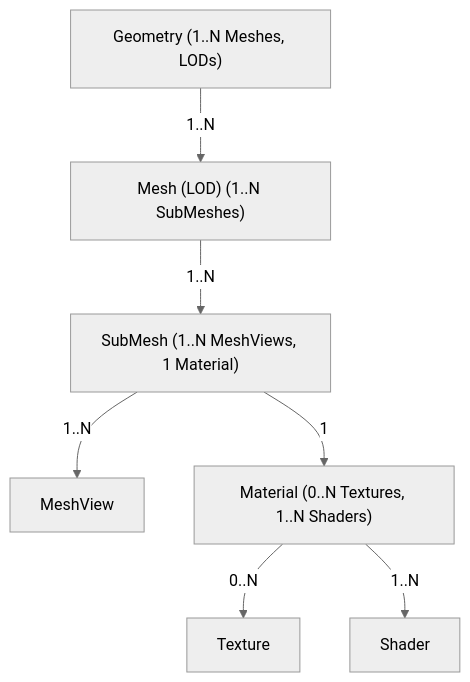
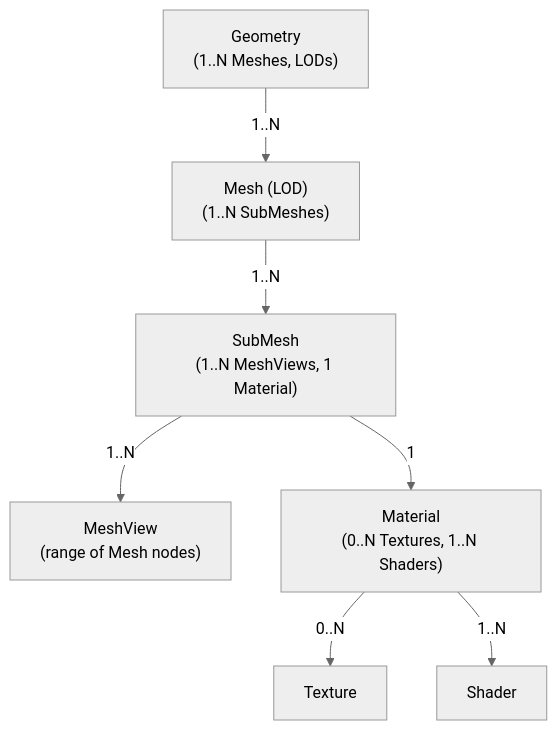
Before and after one commit to abdes/DroidNet: the diagram in projects/Oxygen.Engine/src/Oxygen/Content/Docs/overview.md, drawn with Mermaid (neutral theme). The commit also changed other lines of this file and 66 other files, not shown here.

Commit message:
feat: pak file loading, material system, and mesh refactor

````diff
--- a/projects/Oxygen.Engine/src/Oxygen/Content/Docs/overview.md
+++ b/projects/Oxygen.Engine/src/Oxygen/Content/Docs/overview.md
@@ -16,17 +16,17 @@
 ```mermaid
 flowchart TD
-    Geometry["Geometry (1..N Meshes, LODs)"]
-    Mesh["Mesh (LOD) (1..N SubMeshes)"]
-    SubMesh["SubMesh (1..N MeshViews, 1 Material)"]
-    MeshView["MeshView"]
-    Material["Material (0..N Textures, 1..N Shaders)"]
+    Geometry["Geometry<br/>(1..N Meshes, LODs)"]
+    Mesh["Mesh (LOD)<br/>(1..N SubMeshes)"]
+    SubMesh["SubMesh<br/>(1..N MeshViews, 1 Material)"]
+    MeshView["MeshView<br/>(range of Mesh nodes)"]
+    Material["Material<br/>(0..N Textures, 1..N Shaders)"]
     Texture["Texture"]
     Shader["Shader"]
 
     Geometry -- "1..N" --> Mesh
     Mesh -- "1..N" --> SubMesh
     SubMesh -- "1..N" --> MeshView
     SubMesh -- "1" --> Material
     Material -- "0..N" --> Texture
     Material -- "1..N" --> Shader
 ```
````
